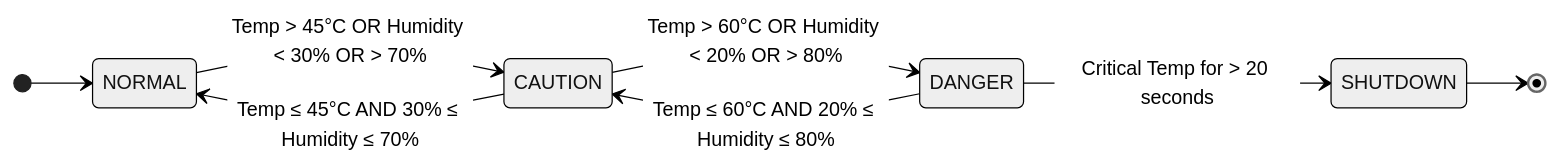
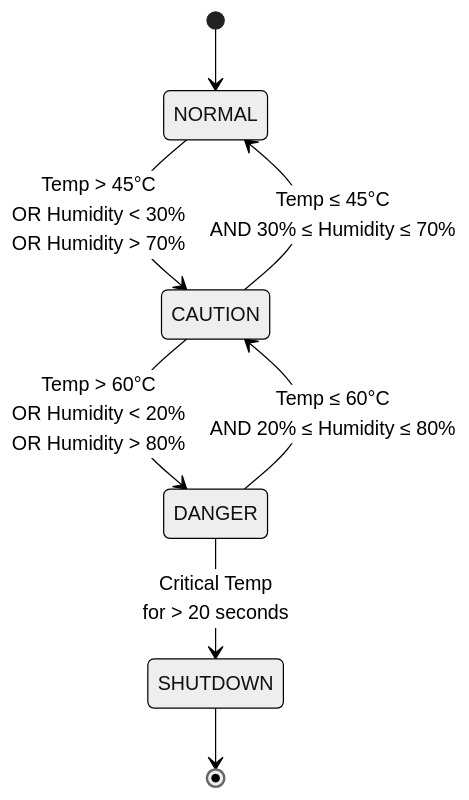
The diagram in README.md (Oshadha345/server-sentinel-c), drawn with Mermaid (neutral theme) before and after one commit.

Commit message:
Update state diagram formatting in README
Improved the Mermaid state diagram by removing the direction and using HTML line breaks for better readability of transition conditions.

````diff
--- a/README.md
+++ b/README.md
@@ -188,11 +188,10 @@
 ```mermaid
 stateDiagram-v2
-    direction LR
     [*] --> NORMAL
-    NORMAL --> CAUTION: Temp > 45°C OR Humidity < 30% OR > 70%
-    CAUTION --> DANGER: Temp > 60°C OR Humidity < 20% OR > 80%
-    DANGER --> CAUTION: Temp ≤ 60°C AND 20% ≤ Humidity ≤ 80%
-    CAUTION --> NORMAL: Temp ≤ 45°C AND 30% ≤ Humidity ≤ 70%
-    DANGER --> SHUTDOWN: Critical Temp for > 20 seconds
+    NORMAL --> CAUTION: Temp > 45°C<br>OR Humidity < 30%<br>OR Humidity > 70%
+    CAUTION --> DANGER: Temp > 60°C<br>OR Humidity < 20%<br>OR Humidity > 80%
+    DANGER --> CAUTION: Temp ≤ 60°C<br>AND 20% ≤ Humidity ≤ 80%
+    CAUTION --> NORMAL: Temp ≤ 45°C<br>AND 30% ≤ Humidity ≤ 70%
+    DANGER --> SHUTDOWN: Critical Temp<br>for > 20 seconds
     SHUTDOWN --> [*]
 ```
````
